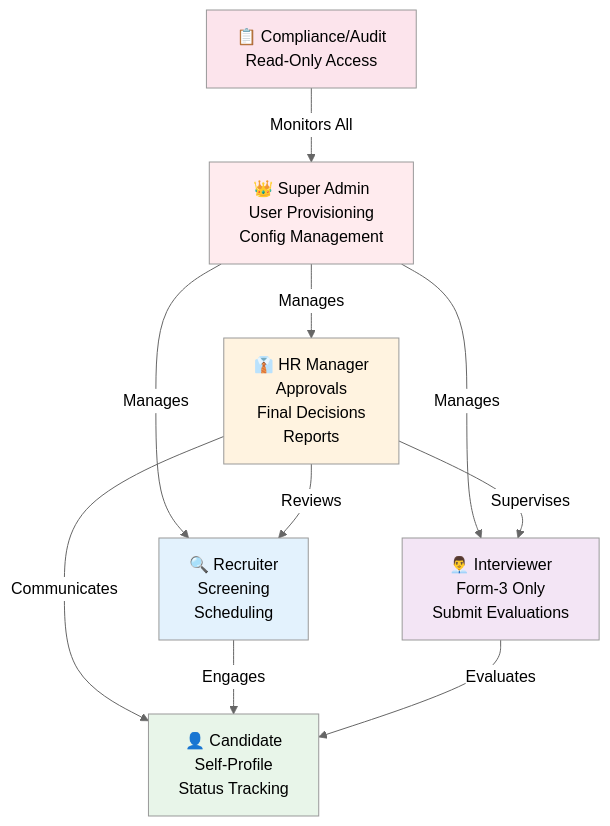
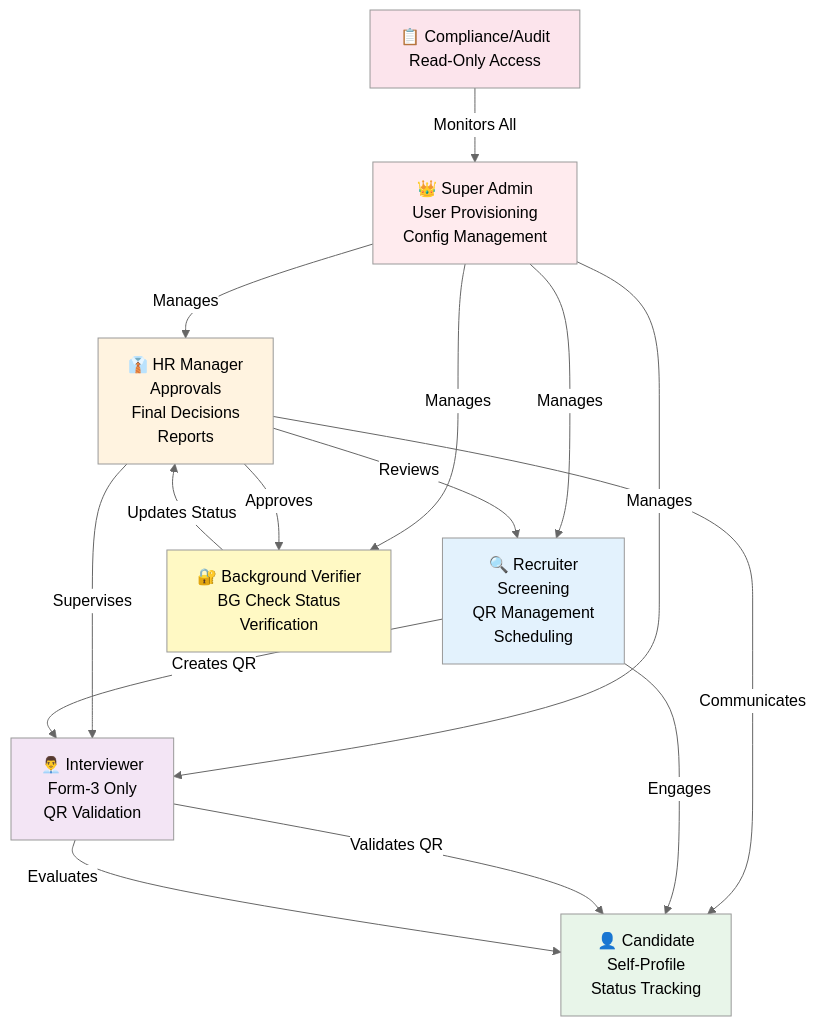
Before and after one commit to md-sahil-analyst22/test: the seventh of 15 diagrams in HR_Onboarding_Agent.md, drawn with Mermaid (neutral theme). The commit also changed other lines of this file, not shown here.

````diff
--- a/HR_Onboarding_Agent.md
+++ b/HR_Onboarding_Agent.md
@@ -434,26 +490,33 @@
 ```mermaid
 graph TD
     SA["👑 Super Admin<br/>User Provisioning<br/>Config Management"]
     HRM["👔 HR Manager<br/>Approvals<br/>Final Decisions<br/>Reports"]
-    REC["🔍 Recruiter<br/>Screening<br/>Scheduling"]
-    INT["👨‍💼 Interviewer<br/>Form-3 Only<br/>Submit Evaluations"]
+    REC["🔍 Recruiter<br/>Screening<br/>QR Management<br/>Scheduling"]
+    INT["👨‍💼 Interviewer<br/>Form-3 Only<br/>QR Validation"]
+    BV["🔐 Background Verifier<br/>BG Check Status<br/>Verification"]
     AUDIT["📋 Compliance/Audit<br/>Read-Only Access"]
     CAND["👤 Candidate<br/>Self-Profile<br/>Status Tracking"]
     
     SA -->|Manages| HRM
     SA -->|Manages| REC
     SA -->|Manages| INT
+    SA -->|Manages| BV
     HRM -->|Reviews| REC
     HRM -->|Supervises| INT
+    HRM -->|Approves| BV
     HRM -->|Communicates| CAND
+    REC -->|Creates QR| INT
     REC -->|Engages| CAND
+    INT -->|Validates QR| CAND
     INT -->|Evaluates| CAND
+    BV -->|Updates Status| HRM
     AUDIT -->|Monitors All|SA
     
     style SA fill:#ffebee
     style HRM fill:#fff3e0
     style REC fill:#e3f2fd
     style INT fill:#f3e5f5
+    style BV fill:#fff9c4
     style AUDIT fill:#fce4ec
     style CAND fill:#e8f5e9
 ```
````
